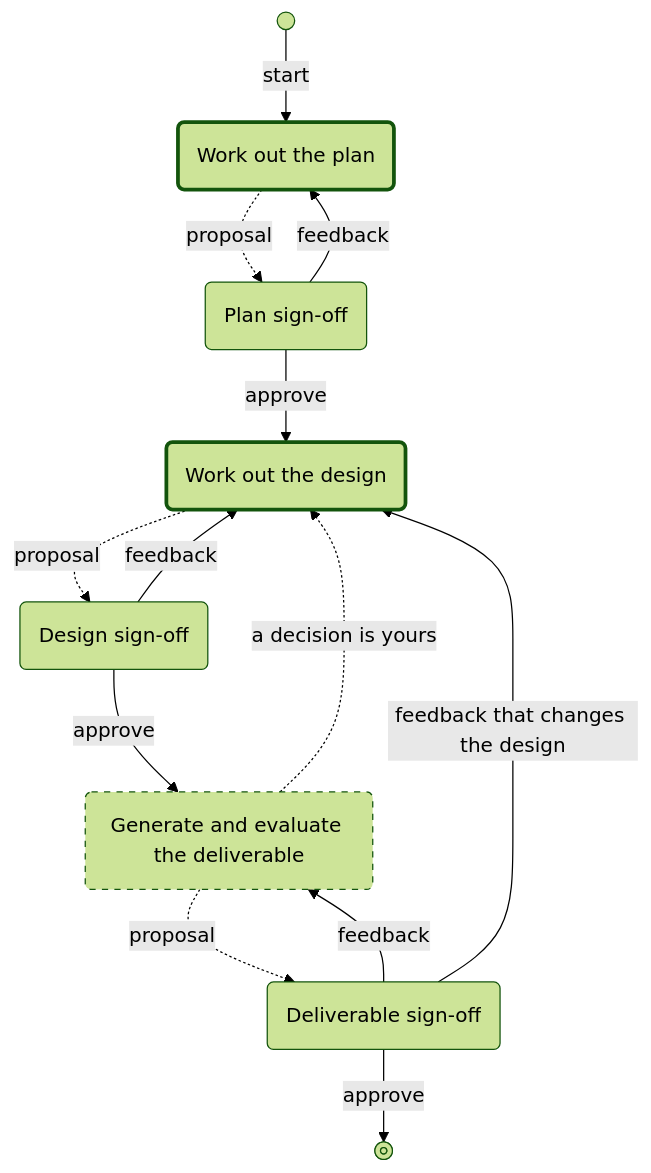
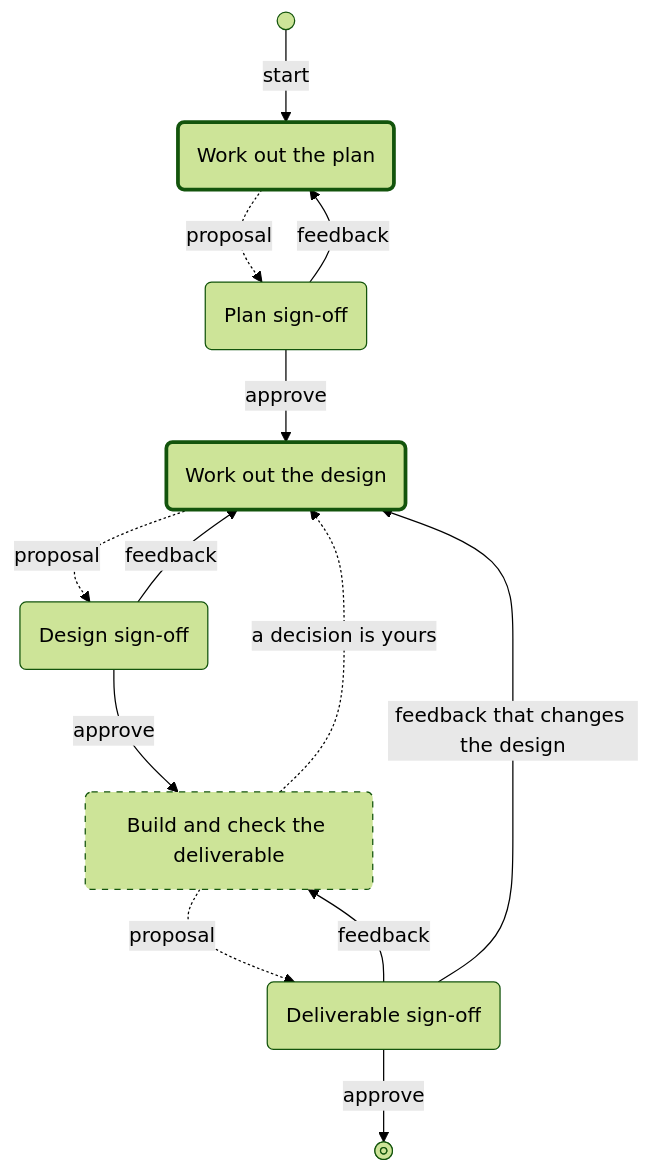
Before and after one commit to lovaizu/ccpm: the diagram in rn/README.md, drawn with Mermaid (forest theme). The commit also changed other lines of this file, not shown here.

````diff
--- a/rn/README.md
+++ b/rn/README.md
@@ -30,28 +40,28 @@
 ```mermaid
 flowchart TD
     S@{ shape: sm-circ }
     PlanTalk("Work out the plan")
     Plan("Plan sign-off")
     DesignTalk("Work out the design")
     Design("Design sign-off")
-    Make("Generate and evaluate the deliverable")
+    Make("Build and check the deliverable")
     Deliverable("Deliverable sign-off")
     E@{ shape: fr-circ }
 
     S -->|start| PlanTalk
     PlanTalk -.->|proposal| Plan
     Plan -->|feedback| PlanTalk
     Plan -->|approve| DesignTalk
     DesignTalk -.->|proposal| Design
     Design -->|feedback| DesignTalk
     Design -->|approve| Make
     Make -.->|a decision is yours| DesignTalk
     Make -.->|proposal| Deliverable
     Deliverable -->|feedback| Make
     Deliverable -->|feedback that changes the design| DesignTalk
     Deliverable -->|approve| E
 
     style Make stroke-dasharray: 5 5
     style PlanTalk stroke-width: 3px
     style DesignTalk stroke-width: 3px
 ```
````
